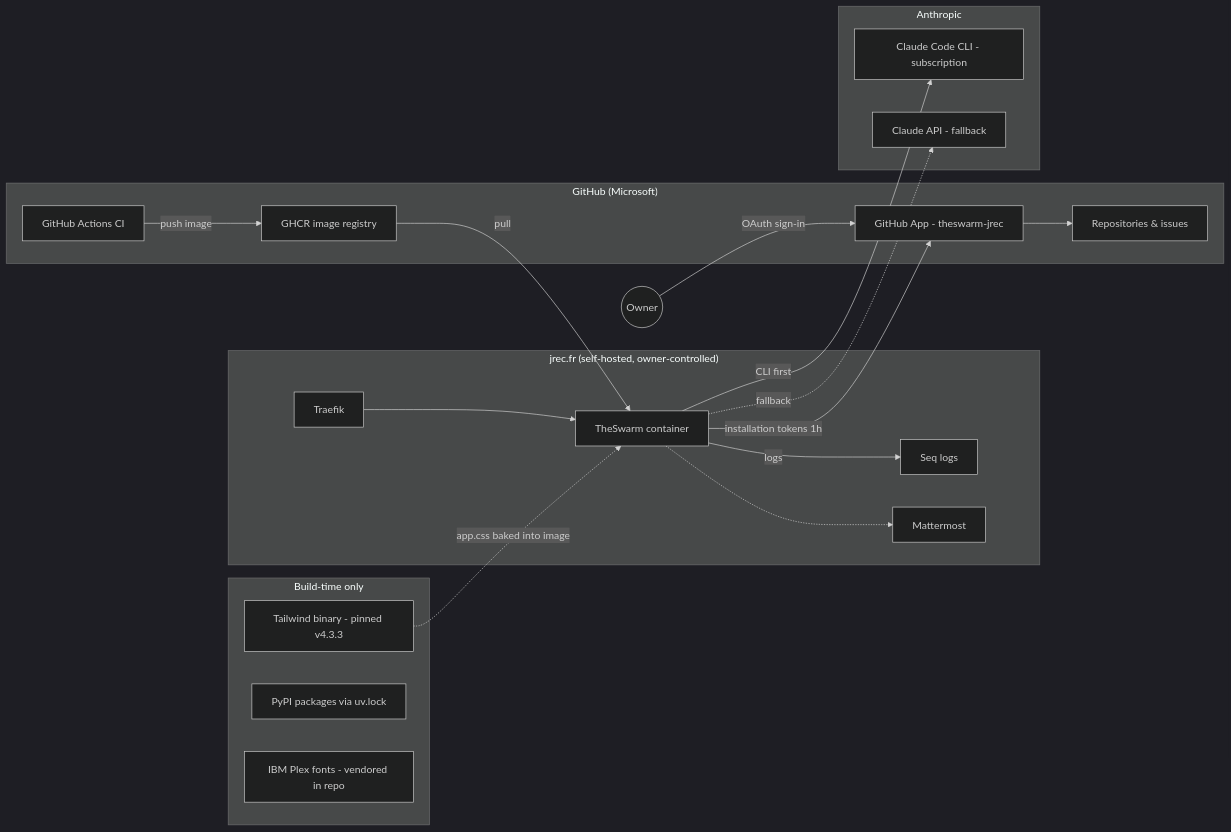
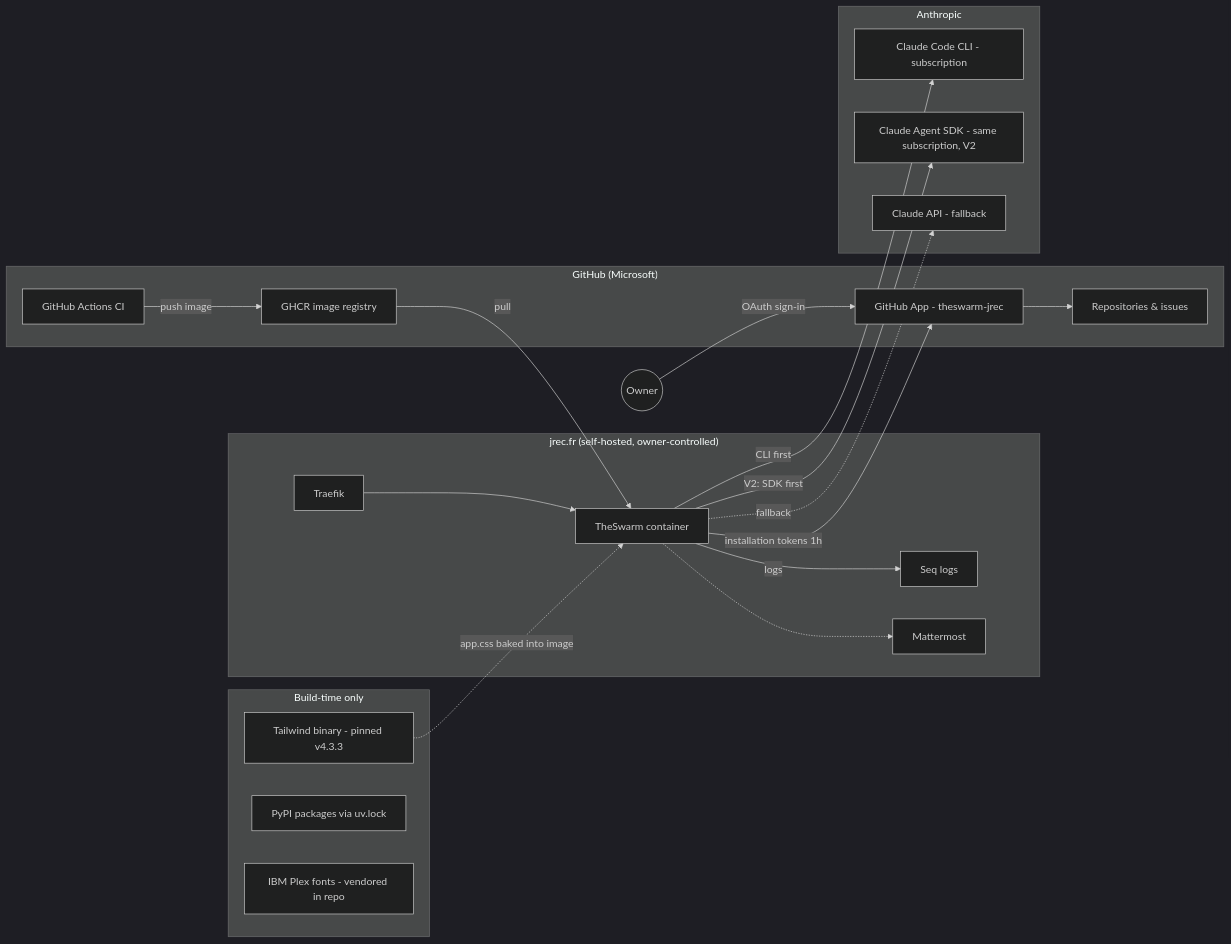
Before and after one commit to jrechet/theswarm: the diagram in docs/DEPENDENCIES.md, drawn with Mermaid (dark theme). The commit also changed other lines of this file and 9 other files, not shown here.

````diff
--- a/docs/DEPENDENCIES.md
+++ b/docs/DEPENDENCIES.md
@@ -7,38 +7,40 @@
 ```mermaid
 flowchart LR
     subgraph Serving["jrec.fr (self-hosted, owner-controlled)"]
         SWARM[TheSwarm container]
         TRAEFIK[Traefik]
         SEQ[Seq logs]
         MM[Mattermost]
     end
 
     subgraph GitHub["GitHub (Microsoft)"]
         GHREPOS[Repositories & issues]
         GHAPP[GitHub App - theswarm-jrec]
         GHCR[GHCR image registry]
         GHA[GitHub Actions CI]
     end
 
     subgraph Anthropic["Anthropic"]
         CLI[Claude Code CLI - subscription]
+        SDK[Claude Agent SDK - same subscription, V2]
         API[Claude API - fallback]
     end
 
     subgraph Buildtime["Build-time only"]
         TW[Tailwind binary - pinned v4.3.3]
         PYPI[PyPI packages via uv.lock]
         PLEX[IBM Plex fonts - vendored in repo]
     end
 
     USER((Owner)) -->|OAuth sign-in| GHAPP
     TRAEFIK --> SWARM
     SWARM -->|installation tokens 1h| GHAPP
     GHAPP --> GHREPOS
     SWARM -->|CLI first| CLI
+    SWARM -->|V2: SDK first| SDK
     SWARM -.->|fallback| API
     SWARM -->|logs| SEQ
     SWARM -.-> MM
     GHA -->|push image| GHCR -->|pull| SWARM
     TW -.->|app.css baked into image| SWARM
 ```
````
